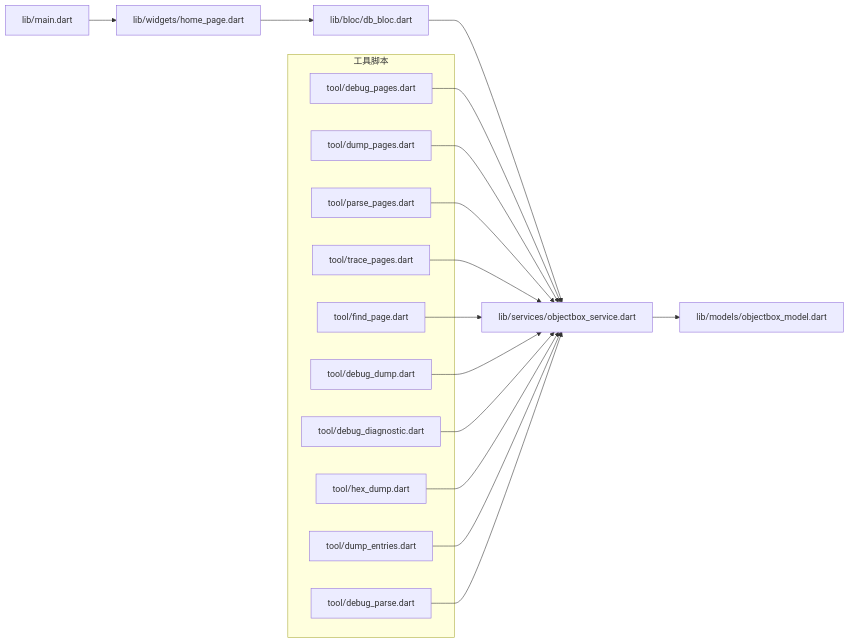
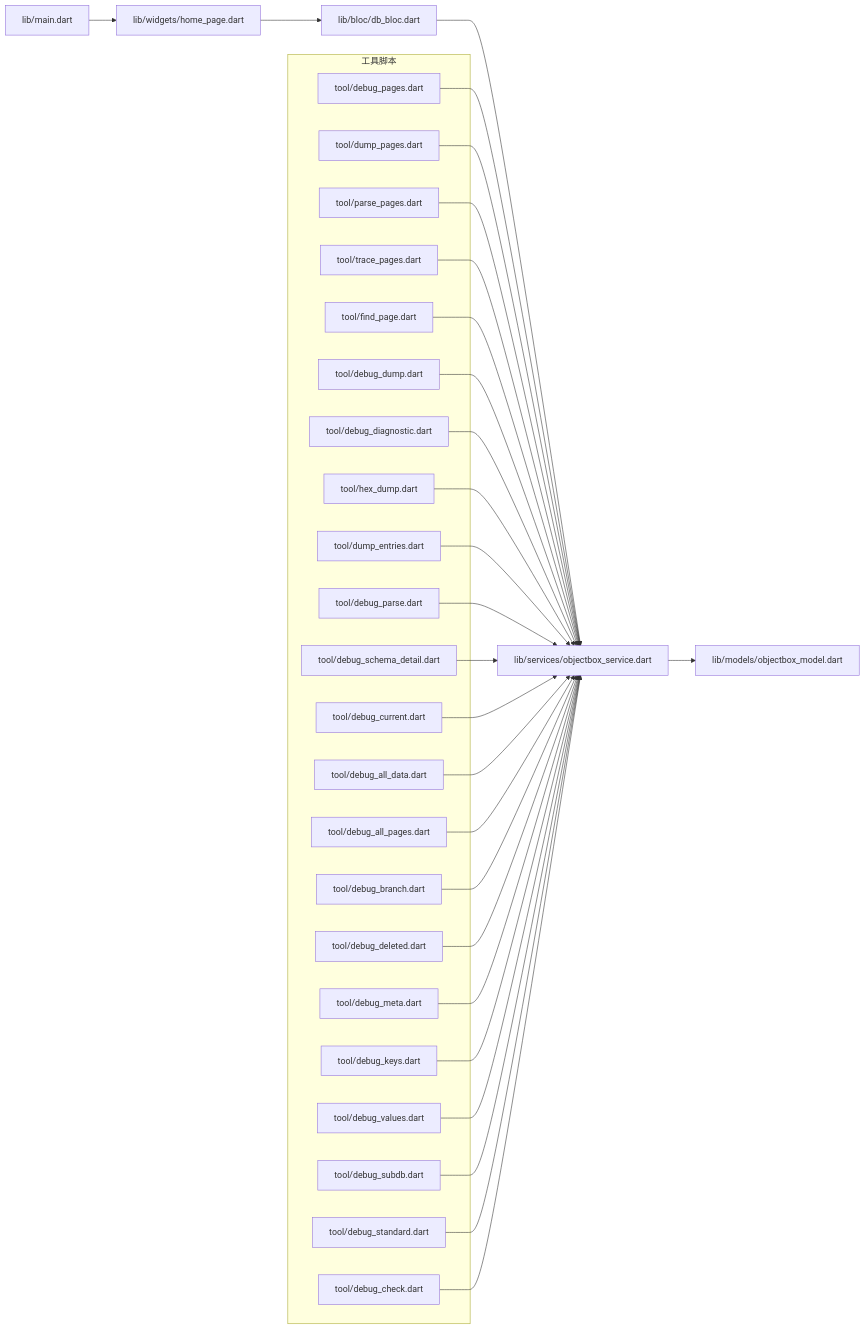
One commit to kongpf8848/objectbox_viewer changed the eighth of 8 diagrams in .qoder/repowiki/zh/content/开发工具.md. Above: the diagram before and after it, drawn with Mermaid. The commit also changed other lines of this file and 9 other files, not shown here.

````diff
--- a/.qoder/repowiki/zh/content/开发工具.md
+++ b/.qoder/repowiki/zh/content/开发工具.md
@@ -341,29 +507,53 @@
 ```mermaid
 graph LR
 M["lib/main.dart"] --> H["lib/widgets/home_page.dart"]
 H --> BL["lib/bloc/db_bloc.dart"]
 BL --> S["lib/services/objectbox_service.dart"]
 S --> MD["lib/models/objectbox_model.dart"]
 subgraph "工具脚本"
 T1["tool/debug_pages.dart"]
 T2["tool/dump_pages.dart"]
 T3["tool/parse_pages.dart"]
 T4["tool/trace_pages.dart"]
 T5["tool/find_page.dart"]
 T6["tool/debug_dump.dart"]
 T7["tool/debug_diagnostic.dart"]
 T8["tool/hex_dump.dart"]
 T9["tool/dump_entries.dart"]
 T10["tool/debug_parse.dart"]
+T11["tool/debug_schema_detail.dart"]
+T12["tool/debug_current.dart"]
+T13["tool/debug_all_data.dart"]
+T14["tool/debug_all_pages.dart"]
+T15["tool/debug_branch.dart"]
+T16["tool/debug_deleted.dart"]
+T17["tool/debug_meta.dart"]
+T18["tool/debug_keys.dart"]
+T19["tool/debug_values.dart"]
+T20["tool/debug_subdb.dart"]
+T21["tool/debug_standard.dart"]
+T22["tool/debug_check.dart"]
 end
 T1 --> S
 T2 --> S
 T3 --> S
 T4 --> S
 T5 --> S
 T6 --> S
 T7 --> S
 T8 --> S
 T9 --> S
 T10 --> S
+T11 --> S
+T12 --> S
+T13 --> S
+T14 --> S
+T15 --> S
+T16 --> S
+T17 --> S
+T18 --> S
+T19 --> S
+T20 --> S
+T21 --> S
+T22 --> S
 ```
````
